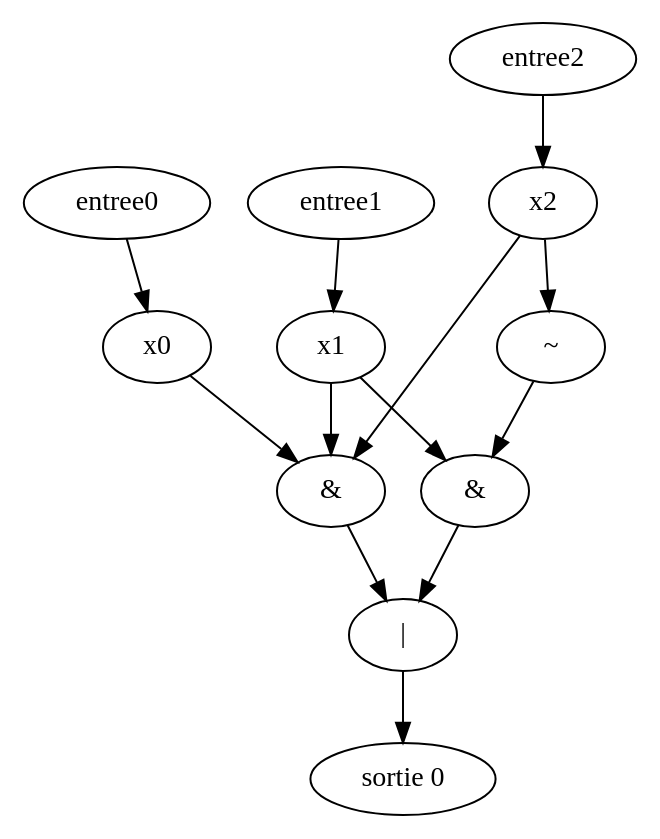
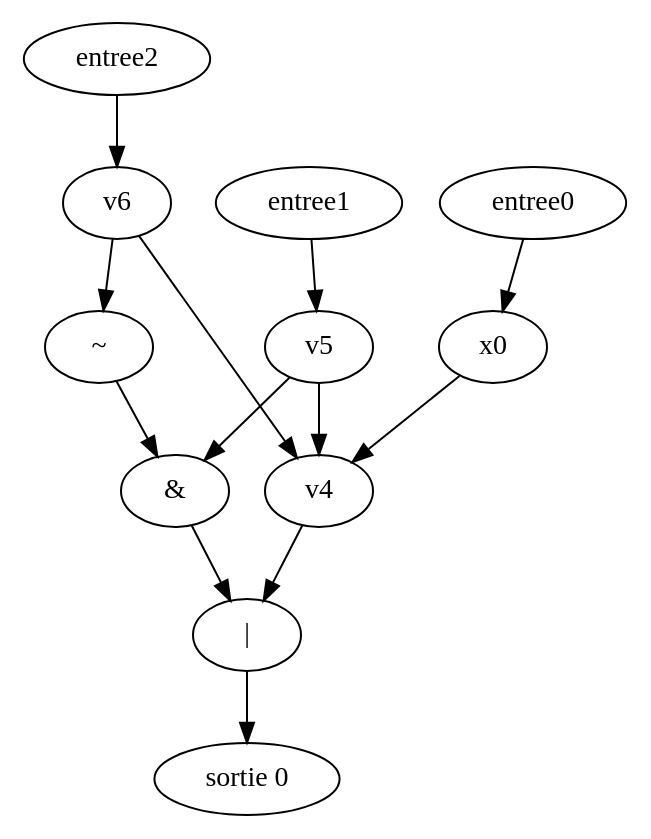
One commit to yadej/graph_project changed the diagram in tmp2.dot. Above: the diagram before and after it, drawn with Graphviz. The commit also changed 4 other files, not shown here.

```diff
--- a/tmp2.dot
+++ b/tmp2.dot
@@ -1,22 +1,19 @@
 digraph G { 
 v0 [label="sortie 0"]; 
 v1 [label="|"]; 
 v3 [label="x0"]; 
-v4 [label="&"]; 
-v5 [label="x1"]; 
-v6 [label="x2"]; 
 v7 [label="&"]; 
 v9 [label="~"]; 
 v11 [label="entree0"]; 
 v12 [label="entree1"]; 
 v13 [label="entree2"]; 
 v1 -> v0;
 v3 -> v4 -> v1;
 v5 -> v4;
 v5 -> v7 -> v1;
 v6 -> v4;
 v6 -> v9 -> v7;
 v11 -> v3;
 v12 -> v5;
 v13 -> v6;
 }
```
